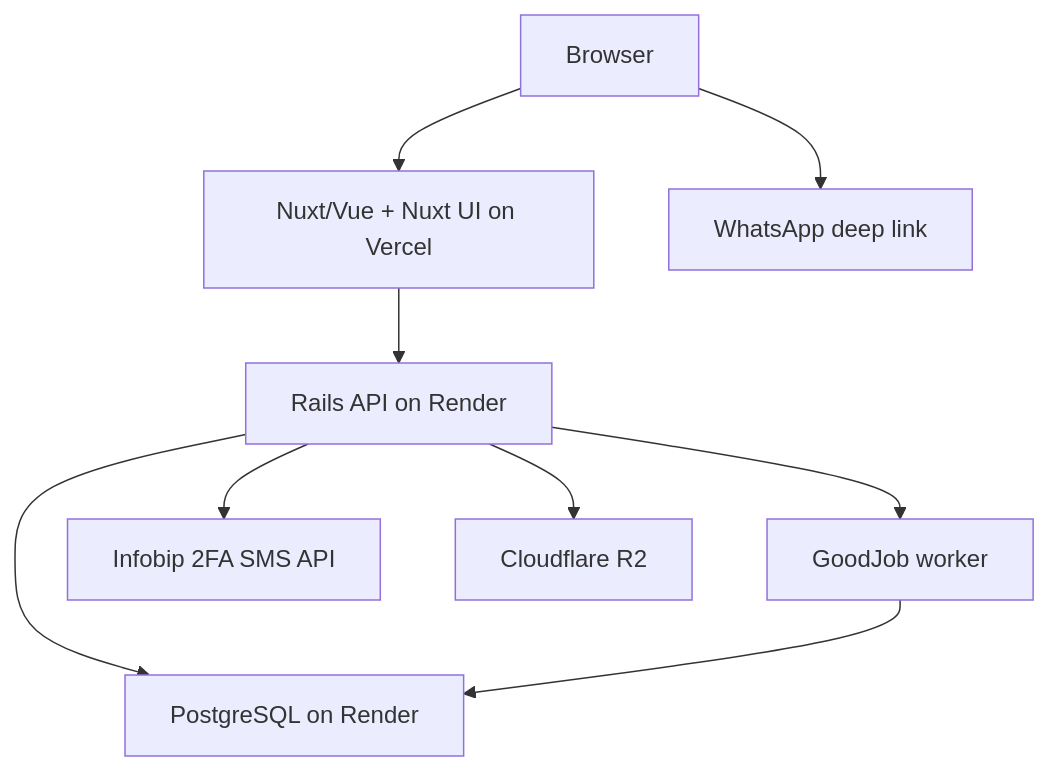
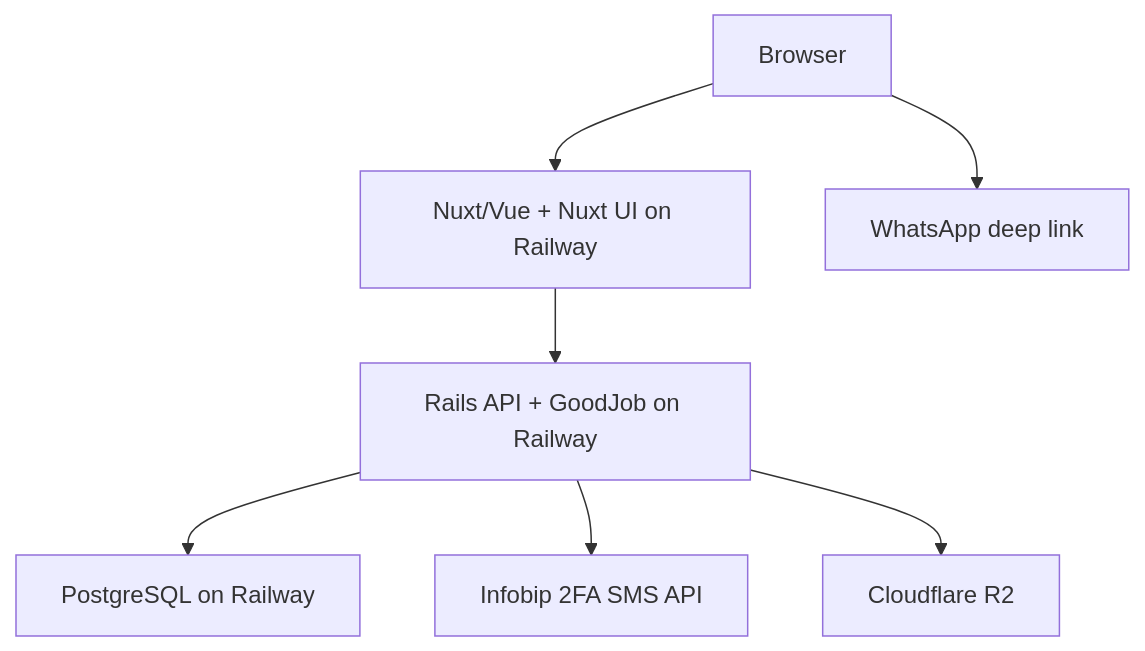
Before and after one commit to claudioldf/berufe: the diagram in docs/Berufe_MVP_Infrastructure_Architecture.md, drawn with Mermaid. The commit also changed other lines of this file and 32 other files, not shown here.

````diff
--- a/docs/Berufe_MVP_Infrastructure_Architecture.md
+++ b/docs/Berufe_MVP_Infrastructure_Architecture.md
@@ -19,11 +19,9 @@
 ```mermaid
 flowchart TD
-    Browser["Browser"] --> Web["Nuxt/Vue + Nuxt UI on Vercel"]
-    Web --> API["Rails API on Render"]
-    API --> DB["PostgreSQL on Render"]
-    API --> Jobs["GoodJob worker"]
-    Jobs --> DB
+    Browser["Browser"] --> Web["Nuxt/Vue + Nuxt UI on Railway"]
+    Web --> API["Rails API + GoodJob on Railway"]
+    API --> DB["PostgreSQL on Railway"]
     API --> Auth["Infobip 2FA SMS API"]
     API --> Files["Cloudflare R2"]
     Browser --> WA["WhatsApp deep link"]
 ```
````
